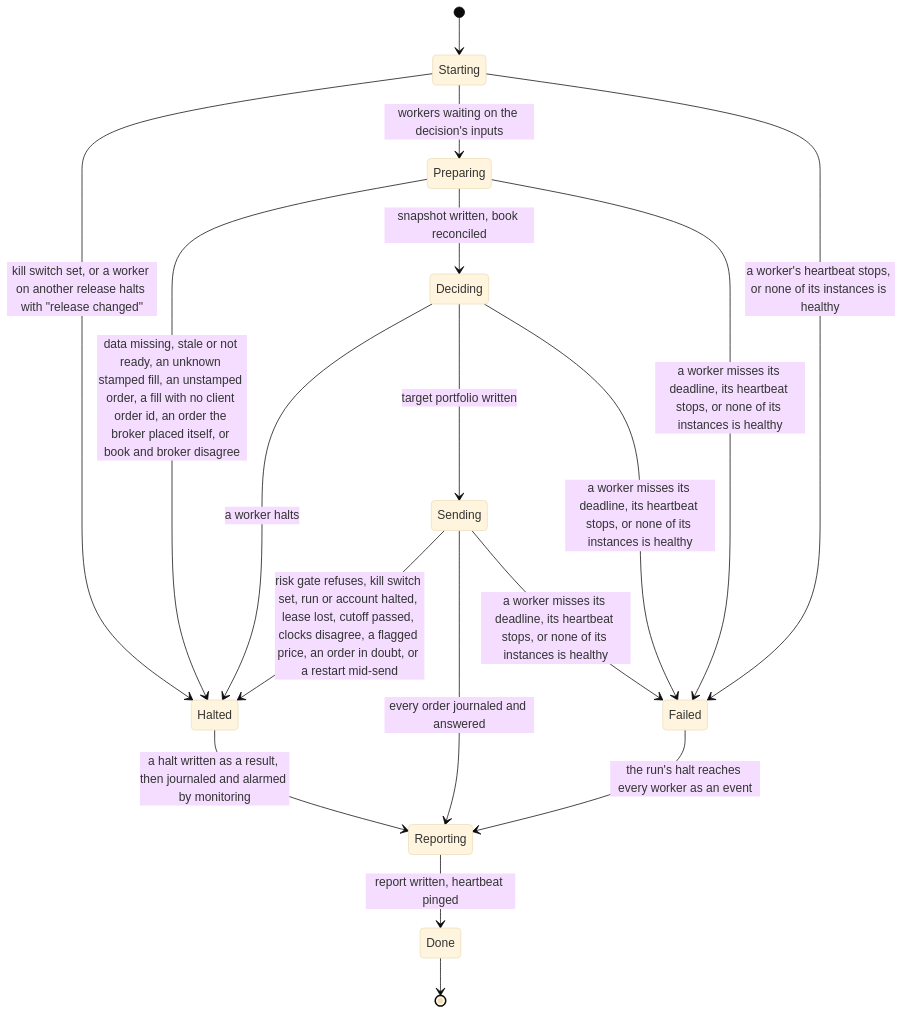
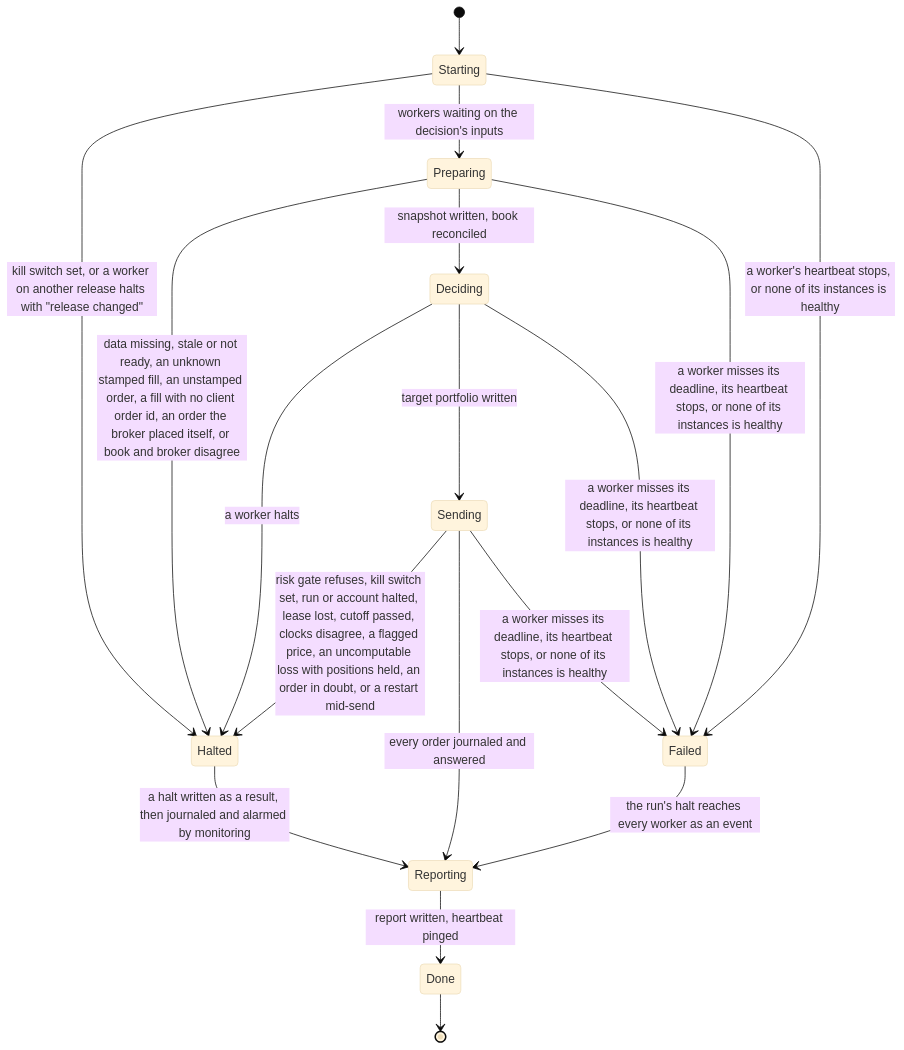
One commit to l3a0/ithildin-runtime changed diagram 22 of 25 in docs/architecture.md. Above: the diagram before and after it, drawn with Mermaid (base theme). The commit also changed other lines of this file and 4 other files, not shown here.

````diff
--- a/docs/architecture.md
+++ b/docs/architecture.md
@@ -1936,20 +1948,20 @@
 ```mermaid
 stateDiagram-v2
     [*] --> Starting
     Starting --> Halted: kill switch set, or a worker on another release halts with "release changed"
     Starting --> Preparing: workers waiting on the decision's inputs
     Preparing --> Halted: data missing, stale or not ready, an unknown stamped fill, an unstamped order, a fill with no client order id, an order the broker placed itself, or book and broker disagree
     Preparing --> Deciding: snapshot written, book reconciled
     Deciding --> Halted: a worker halts
     Deciding --> Sending: target portfolio written
-    Sending --> Halted: risk gate refuses, kill switch set, run or account halted, lease lost, cutoff passed, clocks disagree, a flagged price, an order in doubt, or a restart mid-send
+    Sending --> Halted: risk gate refuses, kill switch set, run or account halted, lease lost, cutoff passed, clocks disagree, a flagged price, an uncomputable loss with positions held, an order in doubt, or a restart mid-send
     Sending --> Reporting: every order journaled and answered
     Halted --> Reporting: a halt written as a result, then journaled and alarmed by monitoring
     Reporting --> Done: report written, heartbeat pinged
     Done --> [*]
     Starting --> Failed: a worker's heartbeat stops, or none of its instances is healthy
     Preparing --> Failed: a worker misses its deadline, its heartbeat stops, or none of its instances is healthy
     Deciding --> Failed: a worker misses its deadline, its heartbeat stops, or none of its instances is healthy
     Sending --> Failed: a worker misses its deadline, its heartbeat stops, or none of its instances is healthy
     Failed --> Reporting: the run's halt reaches every worker as an event
 ```
````
